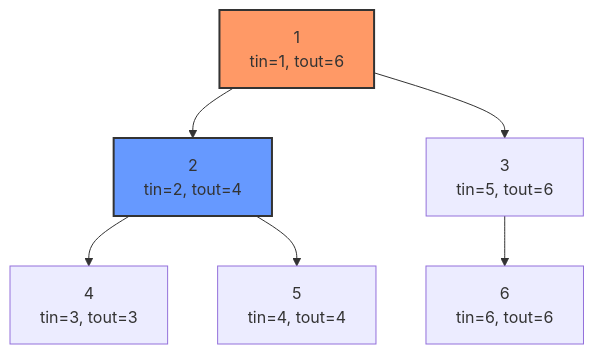
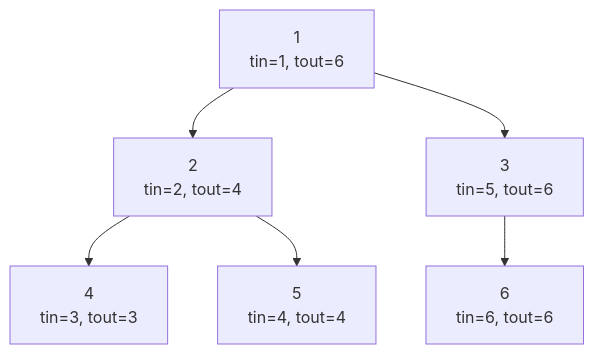
One commit to FPTOJ-OJ/fptoj_wiki changed the first of 2 diagrams in docs/lessons/euler-tour-tree.md. Above: the diagram before and after it, drawn with Mermaid. The commit also changed other lines of this file and 18 other files, not shown here.

First line of the commit message:
fix: LaTeX errors, mermaid theme switching, remove custom colors

````diff
--- a/docs/lessons/euler-tour-tree.md
+++ b/docs/lessons/euler-tour-tree.md
@@ -36,11 +36,10 @@
 ```mermaid
 graph TD
     N1["1<br/>tin=1, tout=6"] --> N2["2<br/>tin=2, tout=4"]
     N1 --> N3["3<br/>tin=5, tout=6"]
     N2 --> N4["4<br/>tin=3, tout=3"]
     N2 --> N5["5<br/>tin=4, tout=4"]
     N3 --> N6["6<br/>tin=6, tout=6"]
 
-    style N1 fill:#f96,stroke:#333,stroke-width:2px
-    style N2 fill:#69f,stroke:#333,stroke-width:2px
+
 ```
````
